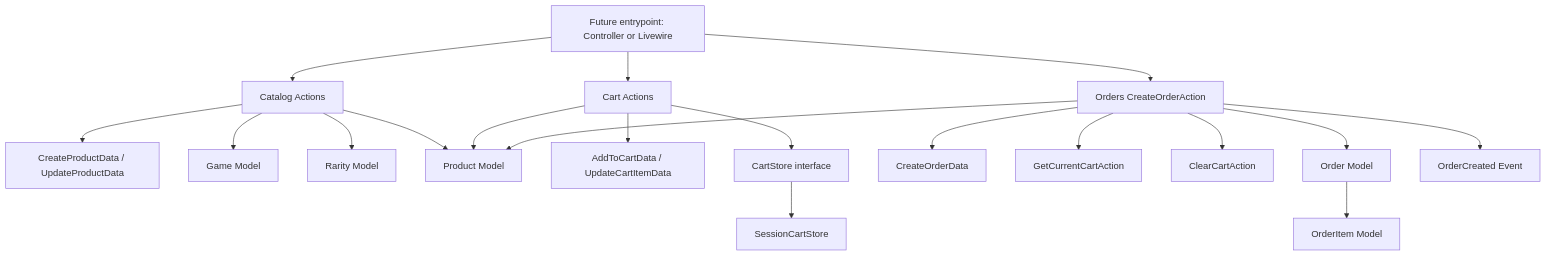
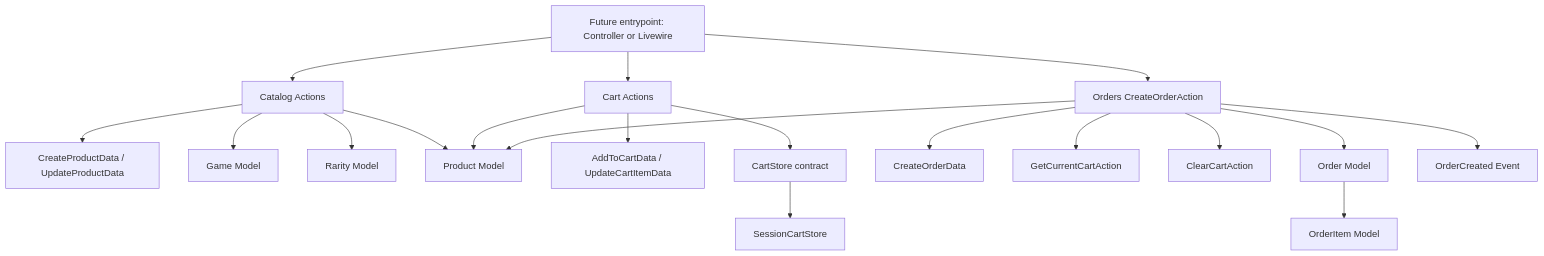
Before and after one commit to rafaeldoria/ecommerce: the diagram in .codex/docs/waves/wave-01.md, drawn with Mermaid. The commit also changed other lines of this file, not shown here.

````diff
--- a/.codex/docs/waves/wave-01.md
+++ b/.codex/docs/waves/wave-01.md
@@ -15,24 +15,24 @@
 ```mermaid
 flowchart TD
     A[Future entrypoint: Controller or Livewire] --> B[Catalog Actions]
     A --> C[Cart Actions]
     A --> D[Orders CreateOrderAction]
 
     B --> B1[CreateProductData / UpdateProductData]
     B --> B2[Game Model]
     B --> B3[Rarity Model]
     B --> B4[Product Model]
 
     C --> C1[AddToCartData / UpdateCartItemData]
-    C --> C2[CartStore interface]
+    C --> C2[CartStore contract]
     C2 --> C3[SessionCartStore]
     C --> B4
 
     D --> D1[CreateOrderData]
     D --> C4[GetCurrentCartAction]
     D --> C5[ClearCartAction]
     D --> B4
     D --> D2[Order Model]
     D2 --> D3[OrderItem Model]
     D --> D4[OrderCreated Event]
 ```
````
